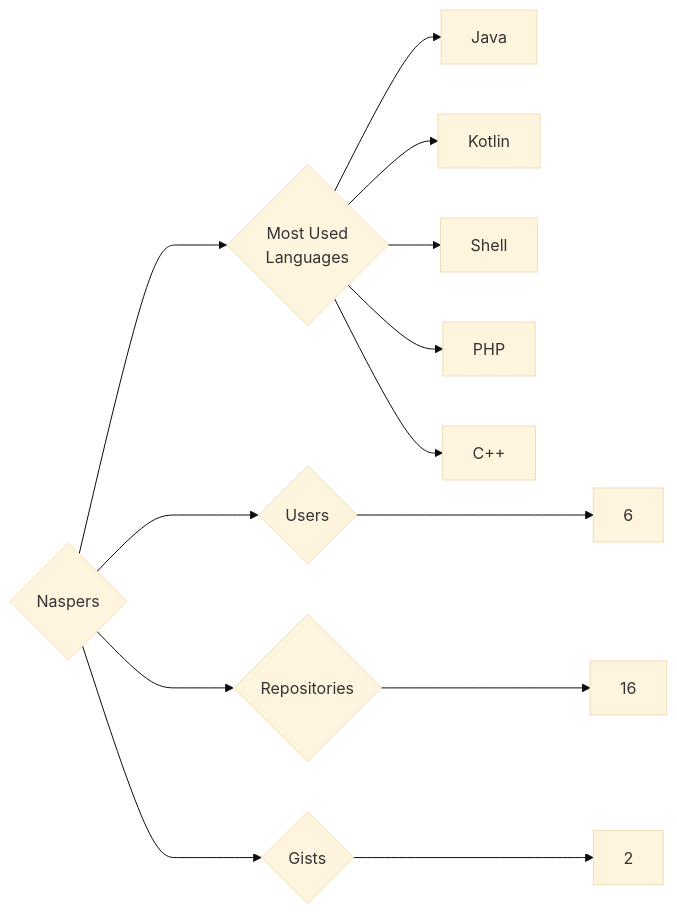
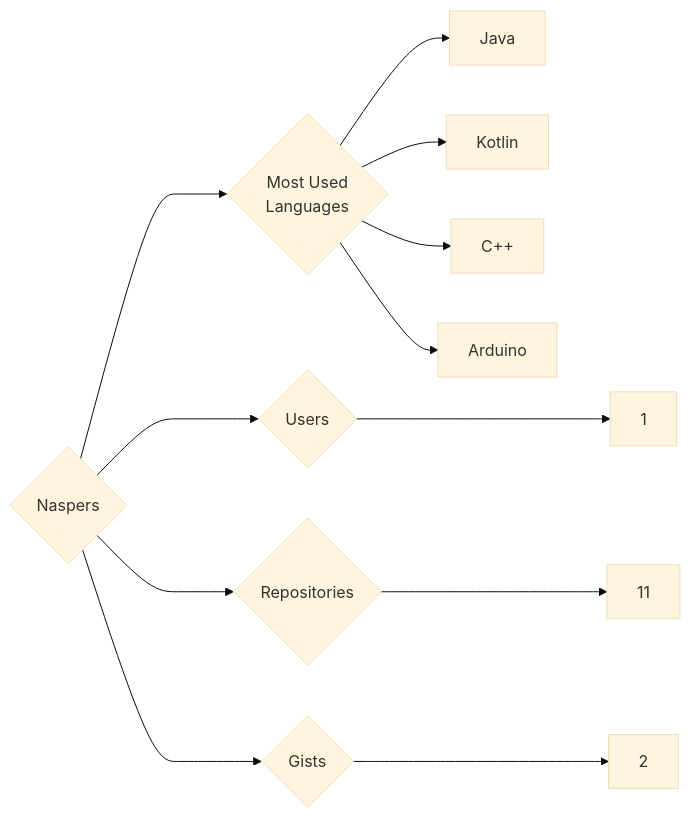
The diagram in targets/Naspers/README.md (trickest/insiders), drawn with Mermaid (base theme) before and after one commit. The commit also changed 920 other files, not shown here.

````diff
--- a/targets/Naspers/README.md
+++ b/targets/Naspers/README.md
@@ -3,13 +3,12 @@
 ```mermaid
 graph LR
 COMPANY_NAME{Naspers}
-COMPANY_NAME ---> U{Users} ---> UN[6]
-COMPANY_NAME ---> R{Repositories} ---> RN[16]
+COMPANY_NAME ---> U{Users} ---> UN[1]
+COMPANY_NAME ---> R{Repositories} ---> RN[11]
 COMPANY_NAME ---> G{Gists} ---> GN[2]
 COMPANY_NAME ---> ML{Most Used<br>Languages}
 ML --> Java[Java]
 ML --> Kotlin[Kotlin]
-ML --> Shell[Shell]
-ML --> PHP[PHP]
 ML --> C++[C++]
+ML --> Arduino[Arduino]
 ```
````
